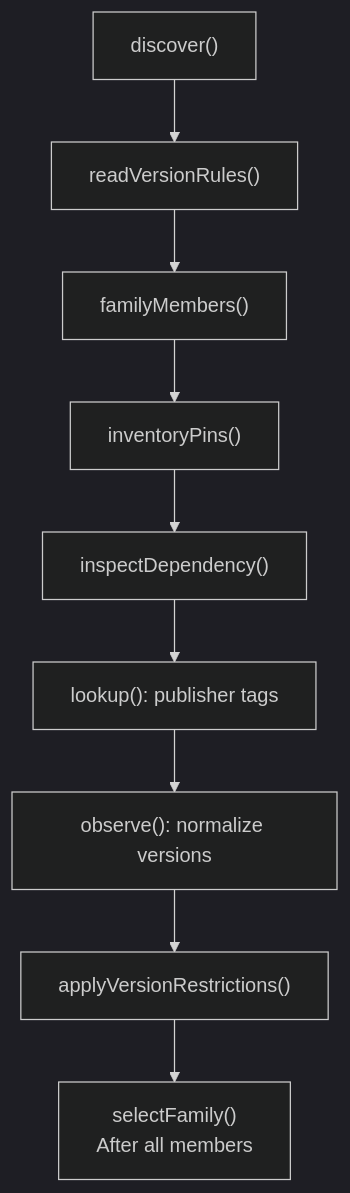
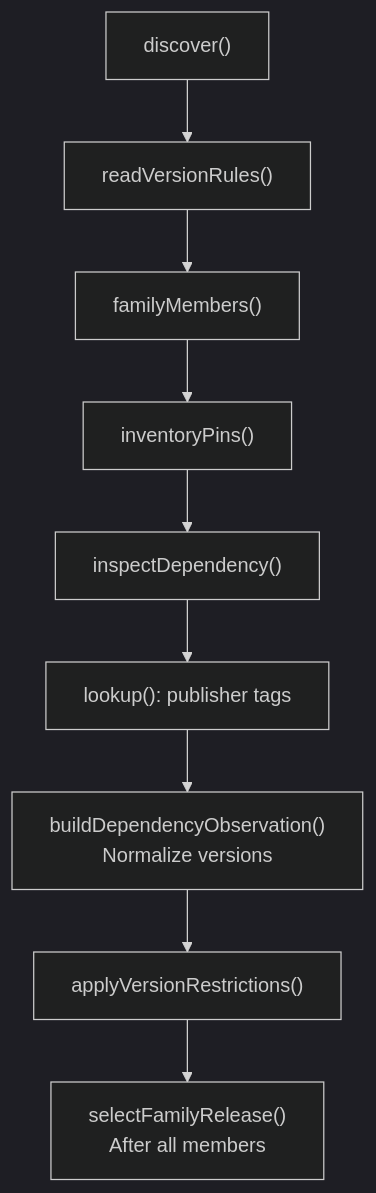
Before and after one commit to defenseunicorns/uds-core: the second of 3 diagrams in scripts/renovate/README.md, drawn with Mermaid (dark theme). The commit also changed other lines of this file and 11 other files, not shown here.

````diff
--- a/scripts/renovate/README.md
+++ b/scripts/renovate/README.md
@@ -69,11 +83,11 @@
 ```mermaid
 flowchart TD
     discover["discover()"] --> rules["readVersionRules()"]
     rules --> members["familyMembers()"]
     members --> pins["inventoryPins()"]
     pins --> inspect["inspectDependency()"]
     inspect --> lookup["lookup(): publisher tags"]
-    lookup --> observe["observe(): normalize versions"]
+    lookup --> observe["buildDependencyObservation()<br/>Normalize versions"]
     observe --> policy["applyVersionRestrictions()"]
-    policy --> select["selectFamily()<br/>After all members"]
+    policy --> select["selectFamilyRelease()<br/>After all members"]
 ```
````
